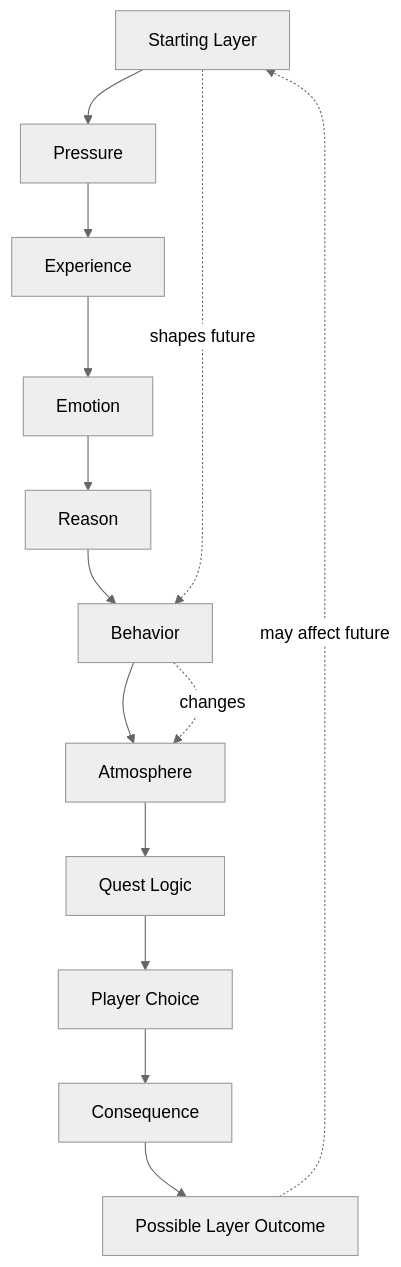
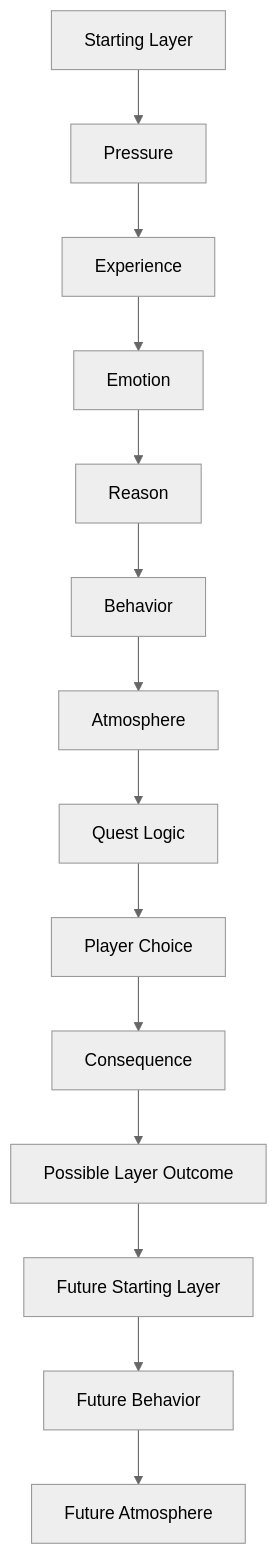
One commit to VediRago/Fragments changed the diagram in README.md. Above: the diagram before and after it, drawn with Mermaid (neutral theme).

Commit message:
Simplify README method diagram Mermaid syntax

````diff
--- a/README.md
+++ b/README.md
@@ -48,28 +48,16 @@
 ```mermaid
 flowchart TD
-    A[Starting Layer]
-    B[Pressure]
-    C[Experience]
-    D[Emotion]
-    E[Reason]
-    F[Behavior]
-    G[Atmosphere]
-    H[Quest Logic]
-    I[Player Choice]
-    J[Consequence]
-    K[Possible Layer Outcome]
-
-    A --> B
-    B --> C
-    C --> D
-    D --> E
-    E --> F
-    F --> G
-    G --> H
-    H --> I
-    I --> J
-    J --> K
-    K -. may affect future .-> A
-    A -. shapes future .-> F
-    F -. changes .-> G
+    A[Starting Layer] --> B[Pressure]
+    B --> C[Experience]
+    C --> D[Emotion]
+    D --> E[Reason]
+    E --> F[Behavior]
+    F --> G[Atmosphere]
+    G --> H[Quest Logic]
+    H --> I[Player Choice]
+    I --> J[Consequence]
+    J --> K[Possible Layer Outcome]
+    K --> L[Future Starting Layer]
+    L --> M[Future Behavior]
+    M --> N[Future Atmosphere]
 ```
````
